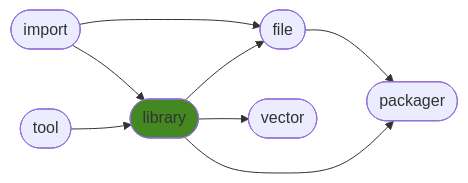
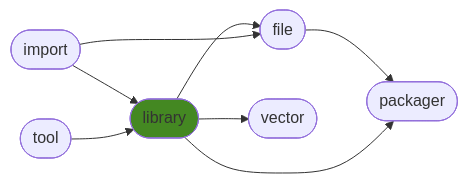
One commit to ManderaGeneral/generallibrary changed the diagram in README.md. Above: the diagram before and after it, drawn with Mermaid. The commit also changed other lines of this file, not shown here.

````diff
--- a/README.md
+++ b/README.md
@@ -24,17 +24,17 @@
 ```mermaid
 flowchart LR
+2([library]) --> 4([vector])
 0([import]) --> 2([library])
-0([import]) --> 3([file])
-1([tool]) --> 2([library])
 2([library]) --> 3([file])
 3([file]) --> 5([packager])
-2([library]) --> 4([vector])
+1([tool]) --> 2([library])
+0([import]) --> 3([file])
 2([library]) --> 5([packager])
 click 0 "https://github.com/ManderaGeneral/generalimport"
 click 1 "https://github.com/ManderaGeneral/generaltool"
 click 2 "https://github.com/ManderaGeneral/generallibrary"
 click 3 "https://github.com/ManderaGeneral/generalfile"
 click 4 "https://github.com/ManderaGeneral/generalvector"
 click 5 "https://github.com/ManderaGeneral/generalpackager"
 style 2 fill:#482
 ```
````
